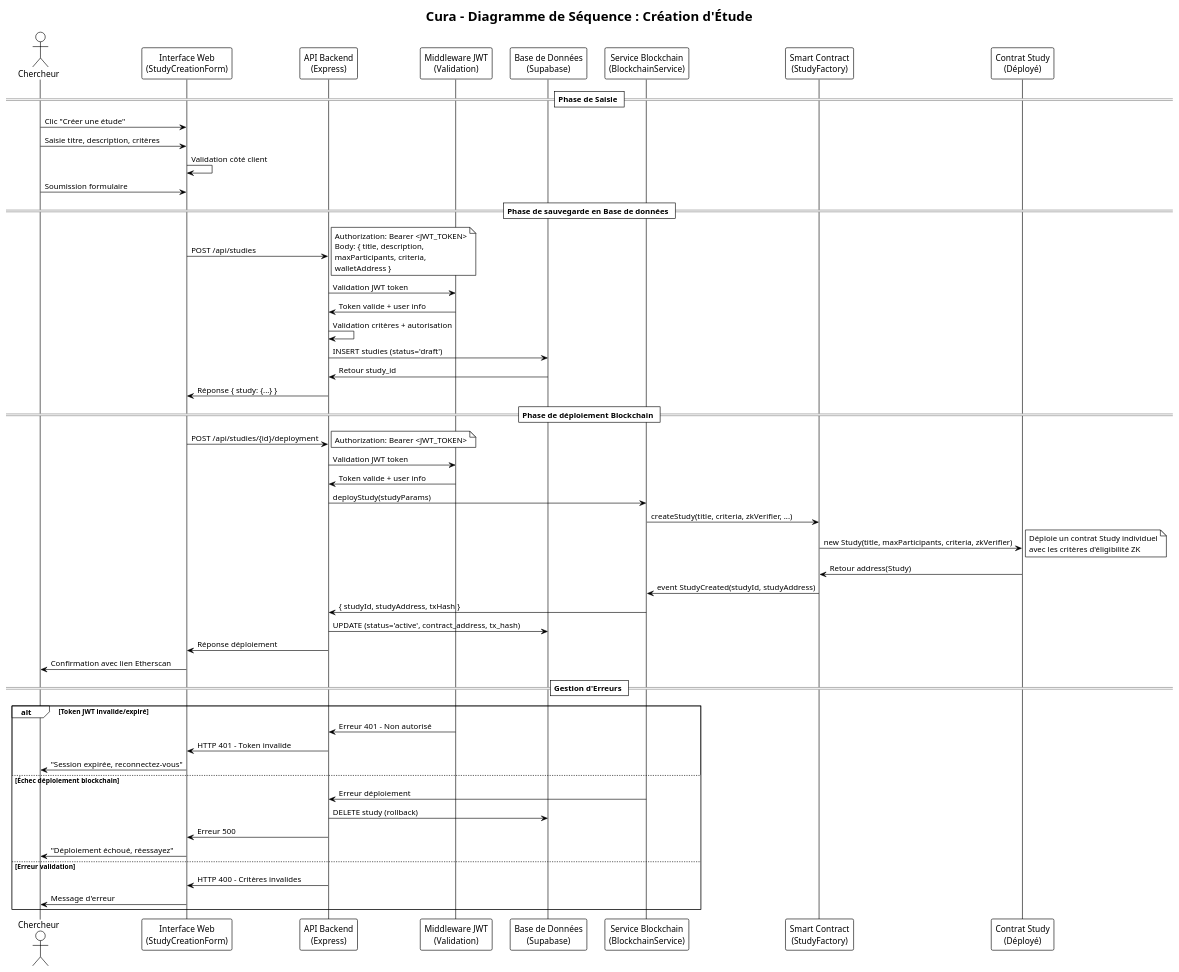
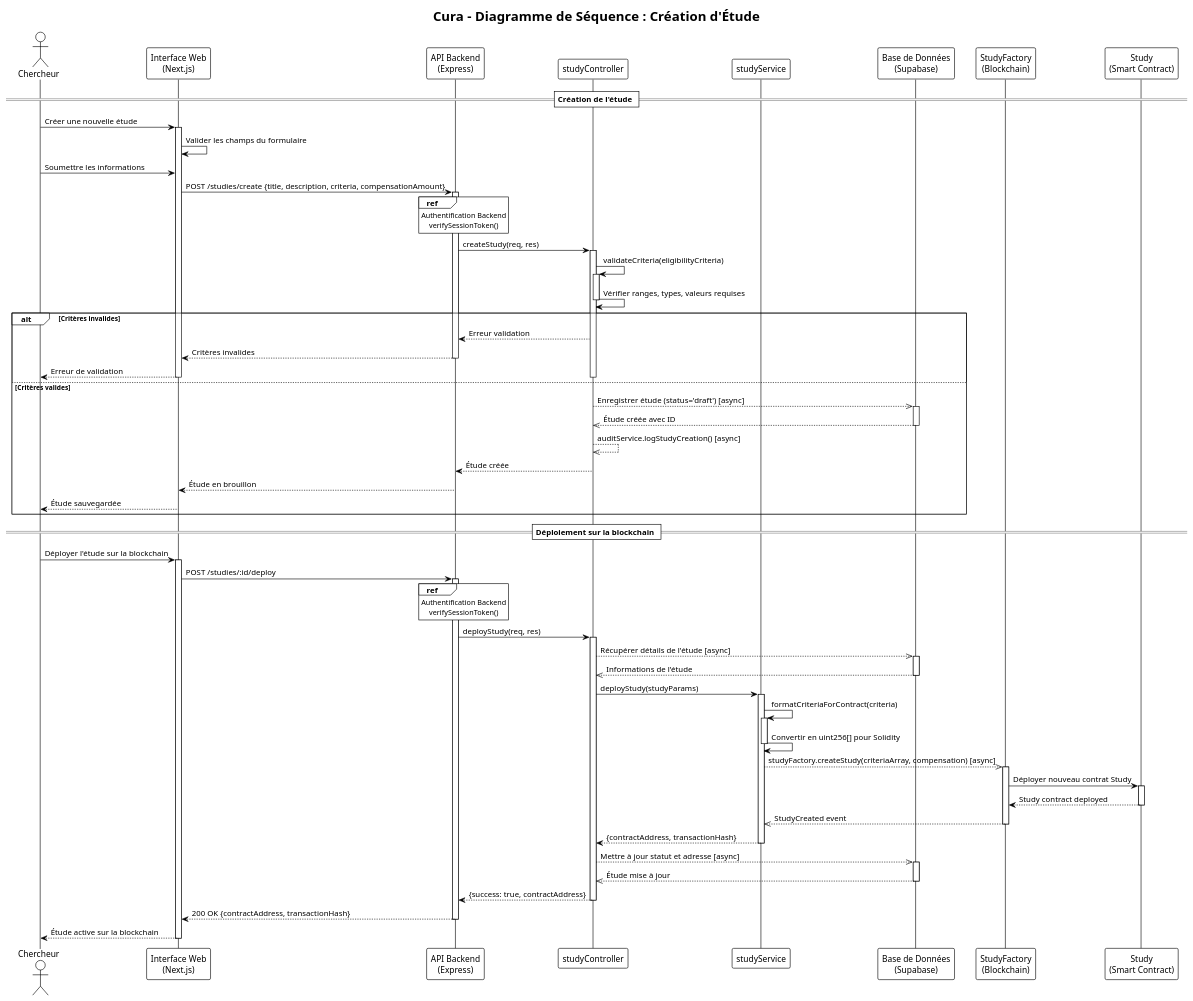
The diagram in docs/sequence-diagrams/study-creation-sequence.puml (monark-community/zk-medical-data-exchange), drawn with PlantUML before and after one commit. The commit also changed 22 other files, not shown here.

First line of the commit message:
feat: Update sequence diagrams (#348)

```diff
--- a/docs/sequence-diagrams/study-creation-sequence.puml
+++ b/docs/sequence-diagrams/study-creation-sequence.puml
@@ -1,73 +1,109 @@
 @startuml Creation_Etude_Sequence
 !theme plain
 
 title Cura - Diagramme de Séquence : Création d'Étude
 
 actor "Chercheur" as Researcher
-participant "Interface Web\n(StudyCreationForm)" as Frontend
+participant "Interface Web\n(Next.js)" as Frontend
 participant "API Backend\n(Express)" as Backend
-participant "Middleware JWT\n(Validation)" as JWTMiddleware
+participant "studyController" as Controller
+participant "studyService" as Service
 participant "Base de Données\n(Supabase)" as Database
-participant "Service Blockchain\n(BlockchainService)" as Blockchain
-participant "Smart Contract\n(StudyFactory)" as Factory
-participant "Contrat Study\n(Déployé)" as StudyContract
+participant "StudyFactory\n(Blockchain)" as Factory
+participant "Study\n(Smart Contract)" as StudyContract
 
-== Phase de Saisie ==
-Researcher -> Frontend : Clic "Créer une étude"
-Researcher -> Frontend : Saisie titre, description, critères
-Frontend -> Frontend : Validation côté client
-Researcher -> Frontend : Soumission formulaire
+== Création de l'étude ==
+Researcher -> Frontend : Créer une nouvelle étude
+activate Frontend
+Frontend -> Frontend : Valider les champs du formulaire
+Researcher -> Frontend : Soumettre les informations
 
-== Phase de sauvegarde en Base de données ==
-Frontend -> Backend : POST /api/studies
-note right
-Authorization: Bearer <JWT_TOKEN>
-Body: { title, description, 
-maxParticipants, criteria,
-walletAddress }
-end note
+Frontend -> Backend : POST /studies/create {title, description, criteria, compensationAmount}
+activate Backend
 
-Backend -> JWTMiddleware : Validation JWT token
-JWTMiddleware -> Backend : Token valide + user info
-Backend -> Backend : Validation critères + autorisation
-Backend -> Database : INSERT studies (status='draft')
-Database -> Backend : Retour study_id
-Backend -> Frontend : Réponse { study: {...} }
+ref over Backend
+    Authentification Backend
+    verifySessionToken()
+end ref
 
-== Phase de déploiement Blockchain ==
-Frontend -> Backend : POST /api/studies/{id}/deployment
-note right
-Authorization: Bearer <JWT_TOKEN>
-end note
-Backend -> JWTMiddleware : Validation JWT token
-JWTMiddleware -> Backend : Token valide + user info
-Backend -> Blockchain : deployStudy(studyParams)
-Blockchain -> Factory : createStudy(title, criteria, zkVerifier, ...)
-Factory -> StudyContract : new Study(title, maxParticipants, criteria, zkVerifier)
-note right
-Déploie un contrat Study individuel
-avec les critères d'éligibilité ZK
-end note
-StudyContract -> Factory : Retour address(Study)
-Factory -> Blockchain : event StudyCreated(studyId, studyAddress)
-Blockchain -> Backend : { studyId, studyAddress, txHash }
-Backend -> Database : UPDATE (status='active', contract_address, tx_hash)
-Backend -> Frontend : Réponse déploiement
-Frontend -> Researcher : Confirmation avec lien Etherscan
+Backend -> Controller : createStudy(req, res)
+activate Controller
 
-== Gestion d'Erreurs ==
-alt Token JWT invalide/expiré
-    JWTMiddleware -> Backend : Erreur 401 - Non autorisé
-    Backend -> Frontend : HTTP 401 - Token invalide
-    Frontend -> Researcher : "Session expirée, reconnectez-vous"
-else Échec déploiement blockchain
-    Blockchain -> Backend : Erreur déploiement
-    Backend -> Database : DELETE study (rollback)
-    Backend -> Frontend : Erreur 500
-    Frontend -> Researcher : "Déploiement échoué, réessayez"
-else Erreur validation
-    Backend -> Frontend : HTTP 400 - Critères invalides
-    Frontend -> Researcher : Message d'erreur
+Controller -> Controller : validateCriteria(eligibilityCriteria)
+activate Controller
+Controller -> Controller : Vérifier ranges, types, valeurs requises
+deactivate Controller
+
+alt Critères invalides
+    Controller --> Backend : Erreur validation
+    Backend --> Frontend : Critères invalides
+    deactivate Backend
+    Frontend --> Researcher : Erreur de validation
+    deactivate Controller
+    deactivate Frontend
+else Critères valides
+    Controller -->> Database : Enregistrer étude (status='draft') [async]
+    activate Database
+    Database -->> Controller : Étude créée avec ID
+    deactivate Database
+    
+    Controller -->> Controller : auditService.logStudyCreation() [async]
+    
+    Controller --> Backend : Étude créée
+    deactivate Controller
+    Backend --> Frontend : Étude en brouillon
+    deactivate Backend
+    Frontend --> Researcher : Étude sauvegardée
+    deactivate Frontend
 end
 
+== Déploiement sur la blockchain ==
+Researcher -> Frontend : Déployer l'étude sur la blockchain
+activate Frontend
+Frontend -> Backend : POST /studies/:id/deploy
+activate Backend
+
+ref over Backend
+    Authentification Backend
+    verifySessionToken()
+end ref
+
+Backend -> Controller : deployStudy(req, res)
+activate Controller
+
+Controller -->> Database : Récupérer détails de l'étude [async]
+activate Database
+Database -->> Controller : Informations de l'étude
+deactivate Database
+
+Controller -> Service : deployStudy(studyParams)
+activate Service
+
+Service -> Service : formatCriteriaForContract(criteria)
+activate Service
+Service -> Service : Convertir en uint256[] pour Solidity
+deactivate Service
+Service -->> Factory : studyFactory.createStudy(criteriaArray, compensation) [async]
+activate Factory
+Factory -> StudyContract : Déployer nouveau contrat Study
+activate StudyContract
+StudyContract --> Factory : Study contract deployed
+deactivate StudyContract
+Factory -->> Service : StudyCreated event
+deactivate Factory
+Service --> Controller : {contractAddress, transactionHash}
+deactivate Service
+
+Controller -->> Database : Mettre à jour statut et adresse [async]
+activate Database
+Database -->> Controller : Étude mise à jour
+deactivate Database
+
+Controller --> Backend : {success: true, contractAddress}
+deactivate Controller
+Backend --> Frontend : 200 OK {contractAddress, transactionHash}
+deactivate Backend
+Frontend --> Researcher : Étude active sur la blockchain
+deactivate Frontend
+
 @enduml
```
